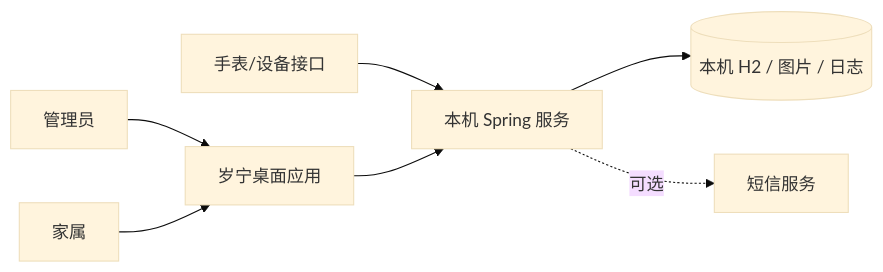
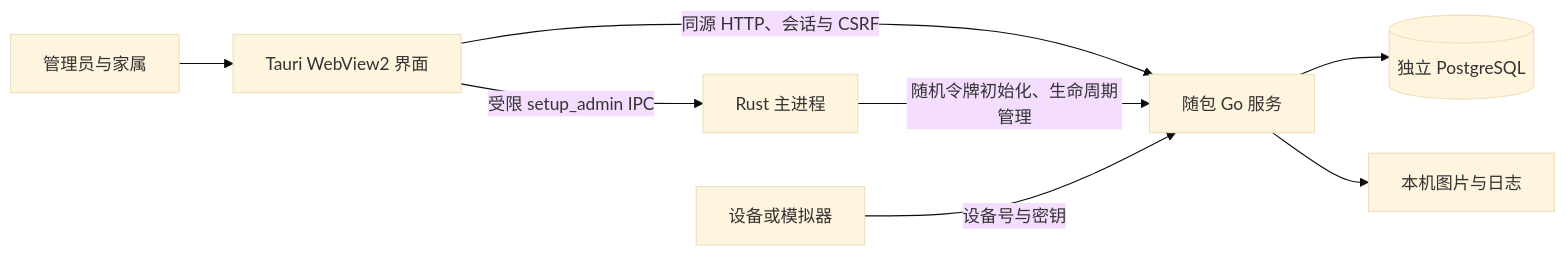
The diagram in docs/ARCHITECTURE.md (WatchTestCs/smart-elderly-watch-management), drawn with Mermaid (base theme) before and after one commit. The commit also changed other lines of this file and 241 other files, not shown here.

First line of the commit message:
feat(desktop): 发布 2.0.2 Tauri 与 Go 独立数据库桌面版

````diff
--- a/docs/ARCHITECTURE.md
+++ b/docs/ARCHITECTURE.md
@@ -20,9 +3,10 @@
 ```mermaid
 flowchart LR
-    Admin[管理员] --> Desktop[岁宁桌面应用]
-    Family[家属] --> Desktop
-    Watch[手表/设备接口] --> Service[本机 Spring 服务]
-    Desktop --> Service
-    Service --> Data[(本机 H2 / 图片 / 日志)]
-    Service -. 可选 .-> SMS[短信服务]
+  U[管理员与家属] --> T[Tauri WebView2 界面]
+  T -->|同源 HTTP、会话与 CSRF| G[随包 Go 服务]
+  T -->|受限 setup_admin IPC| R[Rust 主进程]
+  R -->|随机令牌初始化、生命周期管理| G
+  G --> P[(独立 PostgreSQL)]
+  G --> F[本机图片与日志]
+  W[设备或模拟器] -->|设备号与密钥| G
 ```
````
